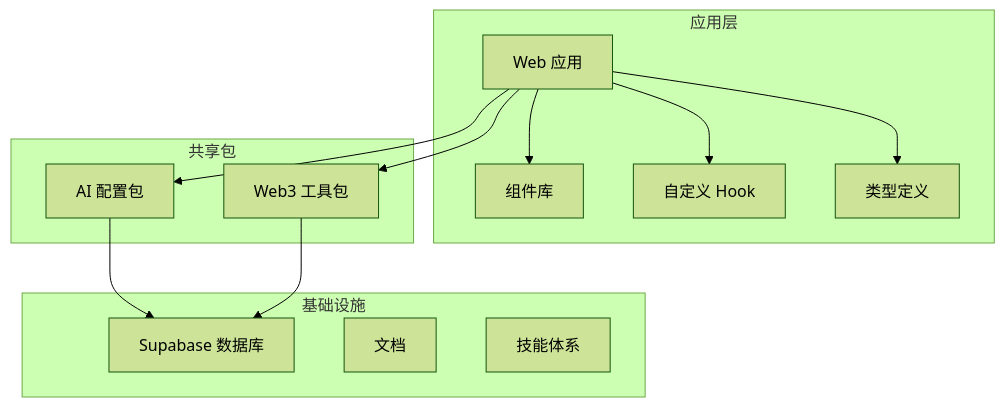
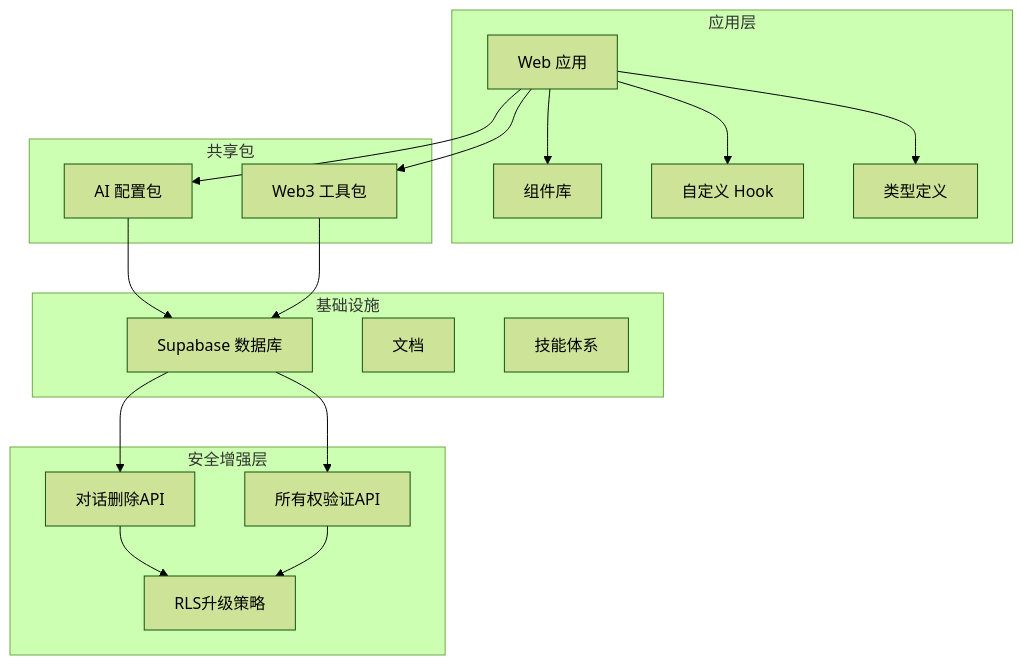
Before and after one commit to CryptoLinxu/Web3-AI-Agent: the first of 12 diagrams in .qoder/repowiki/zh/content/风险控制与安全/安全增强系统.md, drawn with Mermaid (forest theme). The commit also changed other lines of this file and 11 other files, not shown here.

````diff
--- a/.qoder/repowiki/zh/content/风险控制与安全/安全增强系统.md
+++ b/.qoder/repowiki/zh/content/风险控制与安全/安全增强系统.md
@@ -43,25 +59,34 @@
 ```mermaid
 graph TB
 subgraph "应用层"
 Web[Web 应用]
 Components[组件库]
 Hooks[自定义 Hook]
 Types[类型定义]
 end
 subgraph "共享包"
 AIConfig[AI 配置包]
 Web3Tools[Web3 工具包]
 end
 subgraph "基础设施"
 Supabase[Supabase 数据库]
 Docs[文档]
 Skills[技能体系]
 end
+subgraph "安全增强层"
+DeleteAPI[对话删除API]
+OwnershipAPI[所有权验证API]
+RLSUpgrade[RLS升级策略]
+end
 Web --> Components
 Web --> Hooks
 Web --> Types
 Web --> AIConfig
 Web --> Web3Tools
 AIConfig --> Supabase
 Web3Tools --> Supabase
+Supabase --> DeleteAPI
+Supabase --> OwnershipAPI
+DeleteAPI --> RLSUpgrade
+OwnershipAPI --> RLSUpgrade
 ```
````
